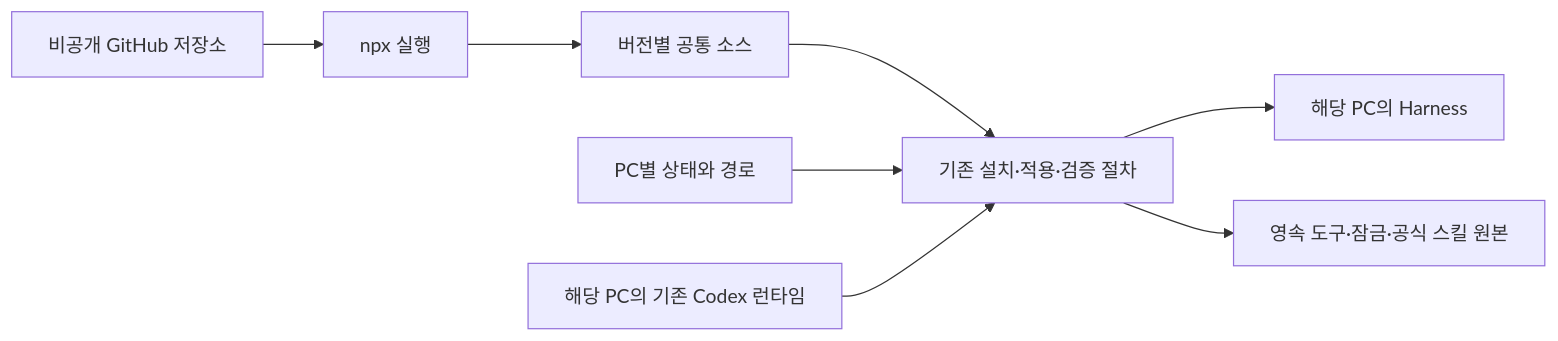
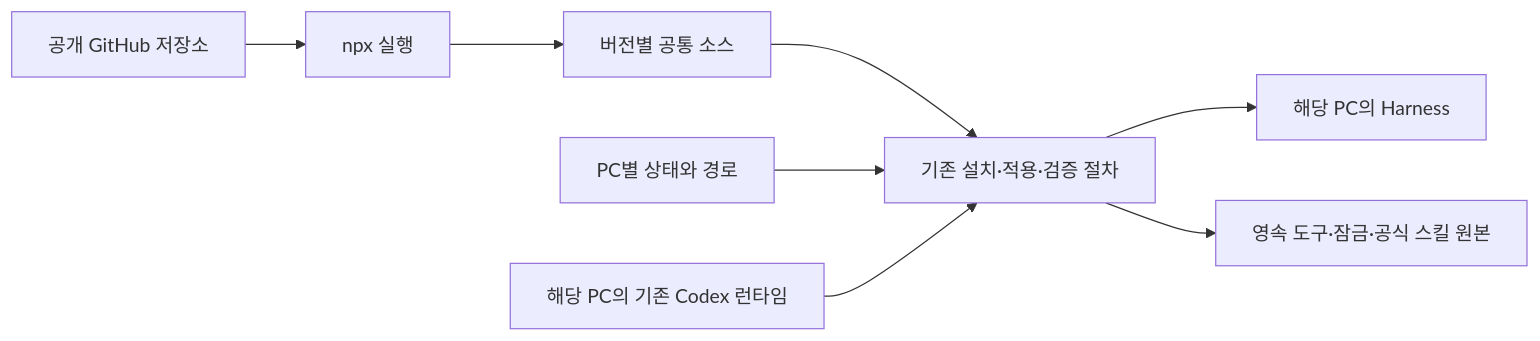
One commit to tttaliesin/personal-harness changed the diagram in docs/remote-install.md. Above: the diagram before and after it, drawn with Mermaid. The commit also changed other lines of this file and 4 other files, not shown here.

````diff
--- a/docs/remote-install.md
+++ b/docs/remote-install.md
@@ -80,10 +80,10 @@
 ```mermaid
 flowchart LR
-    G[비공개 GitHub 저장소] --> N[npx 실행]
+    G[공개 GitHub 저장소] --> N[npx 실행]
     N --> S[버전별 공통 소스]
     S --> I[기존 설치·적용·검증 절차]
     L[PC별 상태와 경로] --> I
     R[해당 PC의 기존 Codex 런타임] --> I
     I --> C[해당 PC의 Harness]
     I --> P[영속 도구·잠금·공식 스킬 원본]
 ```
````
